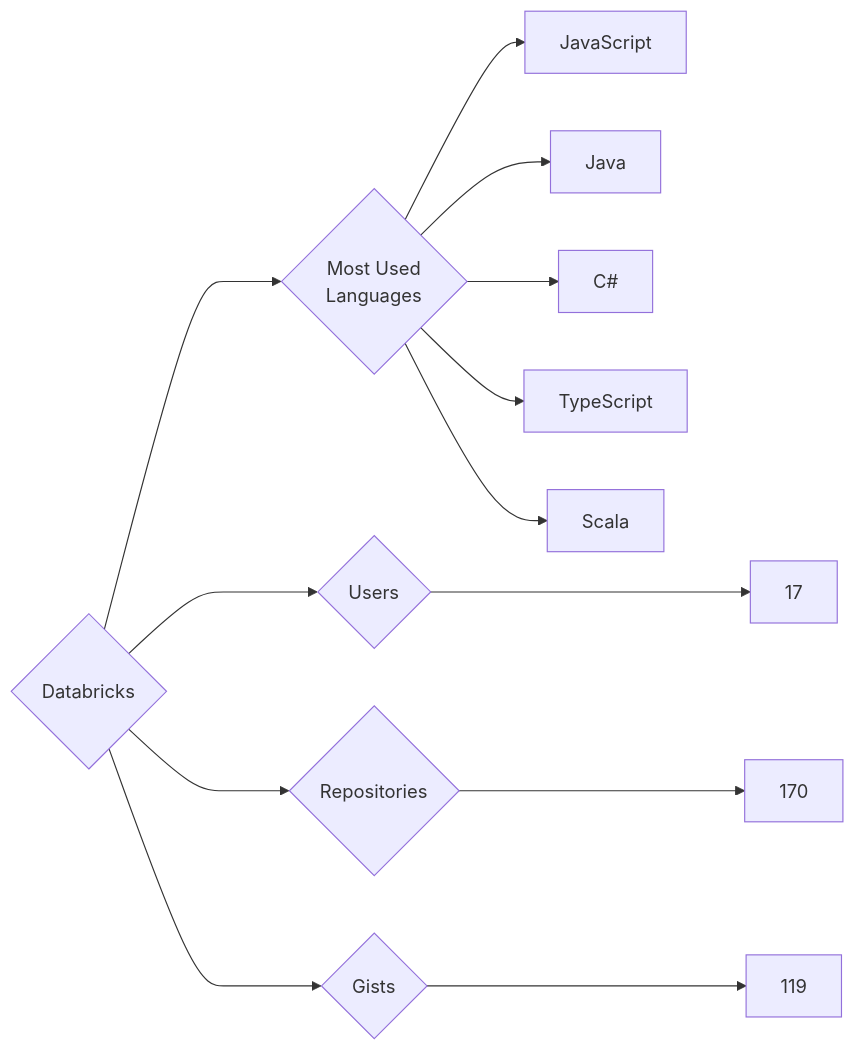
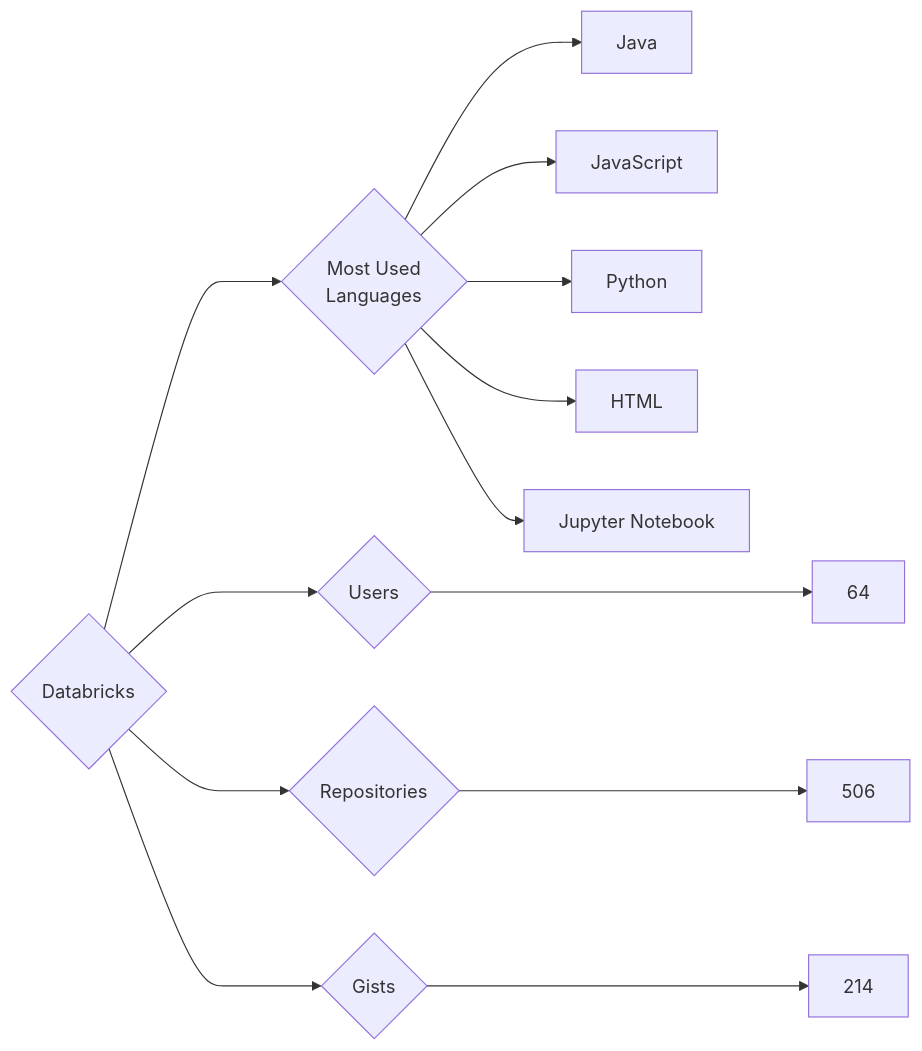
The diagram in targets/Databricks/README.md (trickest/insiders), drawn with Mermaid before and after one commit. The commit also changed 928 other files, not shown here.

````diff
--- a/targets/Databricks/README.md
+++ b/targets/Databricks/README.md
@@ -3,13 +3,13 @@
 ```mermaid
 graph LR
 COMPANY_NAME{Databricks}
-COMPANY_NAME ---> U{Users} ---> UN[17]
-COMPANY_NAME ---> R{Repositories} ---> RN[170]
-COMPANY_NAME ---> G{Gists} ---> GN[119]
+COMPANY_NAME ---> U{Users} ---> UN[64]
+COMPANY_NAME ---> R{Repositories} ---> RN[506]
+COMPANY_NAME ---> G{Gists} ---> GN[214]
 COMPANY_NAME ---> ML{Most Used<br>Languages}
+ML --> Java[Java]
 ML --> JavaScript[JavaScript]
-ML --> Java[Java]
-ML --> C#[C#]
-ML --> TypeScript[TypeScript]
-ML --> Scala[Scala]
+ML --> Python[Python]
+ML --> HTML[HTML]
+ML --> Jupyter_Notebook[Jupyter Notebook]
 ```
````
